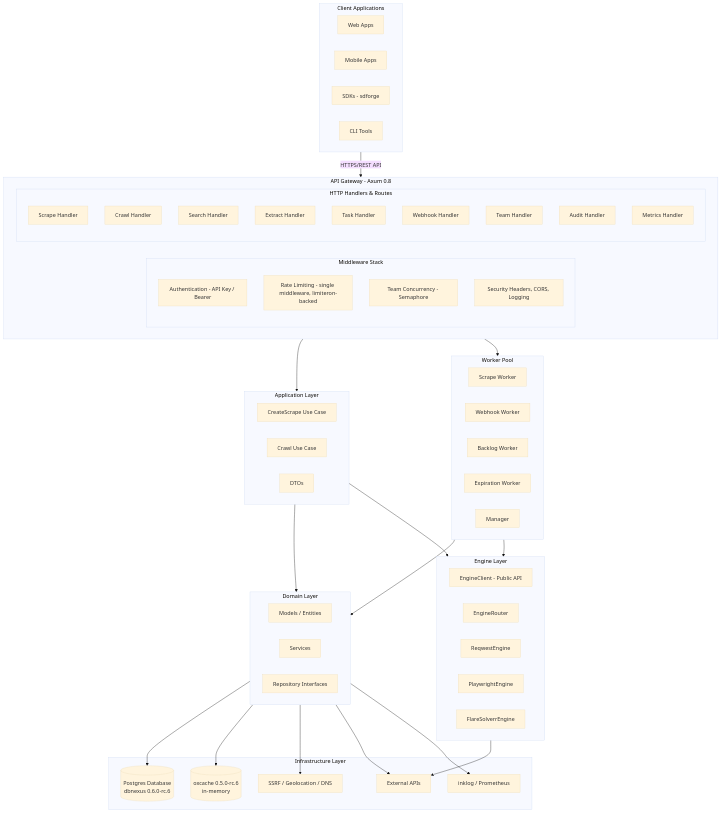
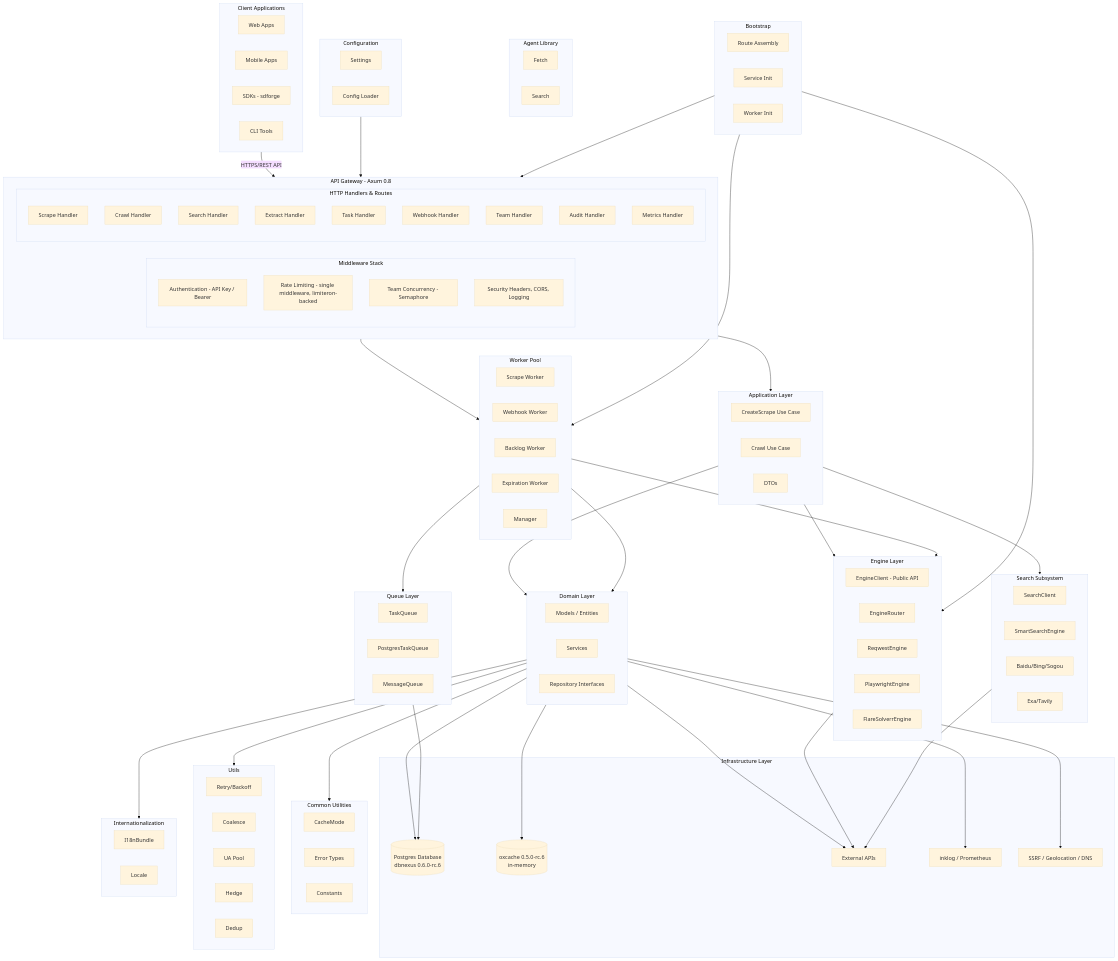
Before and after one commit to Kirky-X/crawlrs: the first of 9 diagrams in docs/ARCHITECTURE.md, drawn with Mermaid (base theme). The commit also changed other lines of this file and 12 other files, not shown here.

````diff
--- a/docs/ARCHITECTURE.md
+++ b/docs/ARCHITECTURE.md
@@ -181,6 +181,54 @@
         SEC[SSRF / Geolocation / DNS]
     end
 
+    subgraph Queue [Queue Layer]
+        Q1[TaskQueue]
+        Q2[PostgresTaskQueue]
+        Q3[MessageQueue]
+    end
+
+    subgraph Search [Search Subsystem]
+        S1[SearchClient]
+        S2[SmartSearchEngine]
+        S3[Baidu/Bing/Sogou]
+        S4[Exa/Tavily]
+    end
+
+    subgraph Common [Common Utilities]
+        CU1[CacheMode]
+        CU2[Error Types]
+        CU3[Constants]
+    end
+
+    subgraph Utils [Utils]
+        U1[Retry/Backoff]
+        U2[Coalesce]
+        U3[UA Pool]
+        U4[Hedge]
+        U5[Dedup]
+    end
+
+    subgraph AgentLib [Agent Library]
+        AL1[Fetch]
+        AL2[Search]
+    end
+
+    subgraph I18n [Internationalization]
+        I1[I18nBundle]
+        I2[Locale]
+    end
+
+    subgraph Config [Configuration]
+        CF1[Settings]
+        CF2[Config Loader]
+    end
+
+    subgraph Bootstrap [Bootstrap]
+        B1[Route Assembly]
+        B2[Service Init]
+        B3[Worker Init]
+    end
+
     Clients -->|"HTTPS/REST API"| API
     API --> App
     API --> Workers
@@ -194,4 +242,15 @@
     App --> Engines
     Workers --> Engines
     Engines --> EXT
+    Workers --> Queue
+    Queue --> DB
+    App --> Search
+    Search --> EXT
+    Domain --> Common
+    Domain --> Utils
+    Domain --> I18n
+    Config --> API
+    Bootstrap --> API
+    Bootstrap --> Workers
+    Bootstrap --> Engines
 ```
````
